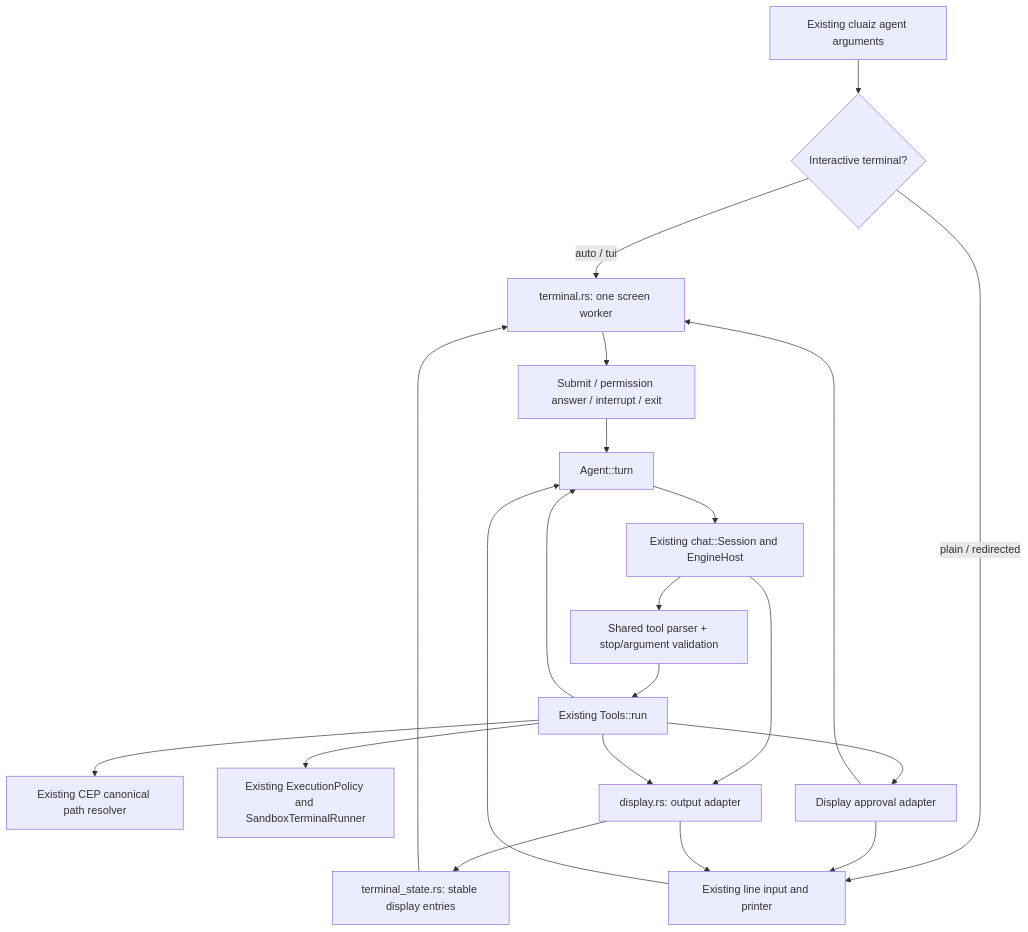
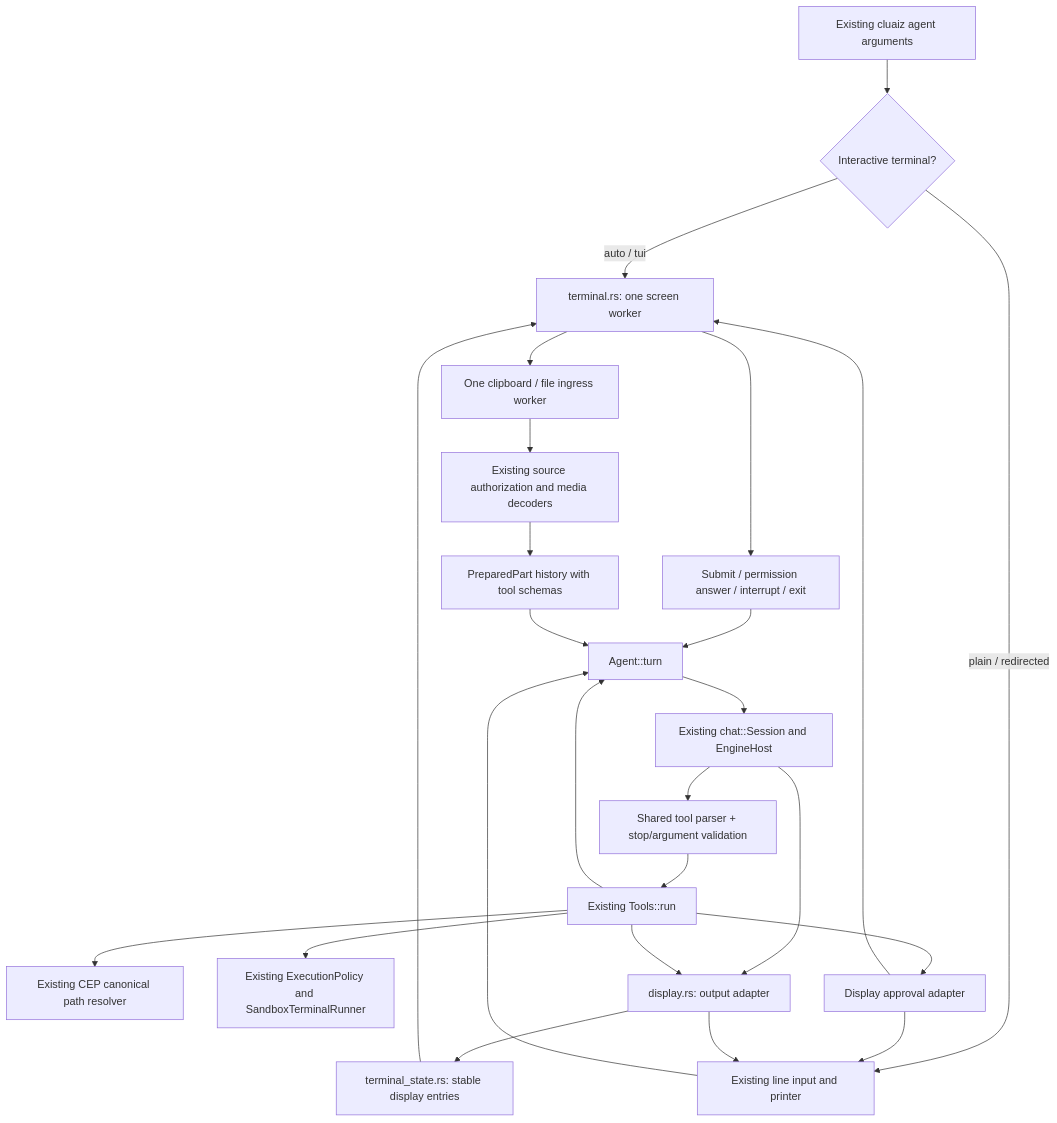
Before and after one commit to cluaiz/cluaiz: the diagram in cmd/src/agent/README.md, drawn with Mermaid. The commit also changed other lines of this file and 15 other files, not shown here.

````diff
--- a/cmd/src/agent/README.md
+++ b/cmd/src/agent/README.md
@@ -9,23 +9,27 @@
 ```mermaid
 flowchart TD
     CLI["Existing cluaiz agent arguments"] --> Mode{"Interactive terminal?"}
     Mode -->|"auto / tui"| Screen["terminal.rs: one screen worker"]
     Mode -->|"plain / redirected"| Plain["Existing line input and printer"]
     Screen --> Actions["Submit / permission answer / interrupt / exit"]
     Plain --> Turn["Agent::turn"]
     Actions --> Turn
+    Screen --> Paste["One clipboard / file ingress worker"]
+    Paste --> Media["Existing source authorization and media decoders"]
+    Media --> Typed["PreparedPart history with tool schemas"]
+    Typed --> Turn
     Turn --> Session["Existing chat::Session and EngineHost"]
     Session --> Validate["Shared tool parser + stop/argument validation"]
     Validate --> Tools["Existing Tools::run"]
     Tools --> Roots["Existing CEP canonical path resolver"]
     Tools --> Policy["Existing ExecutionPolicy and SandboxTerminalRunner"]
     Tools --> Approval["Display approval adapter"]
     Approval --> Screen
     Approval --> Plain
     Tools --> Turn
     Session --> Display["display.rs: output adapter"]
     Tools --> Display
     Display --> Projection["terminal_state.rs: stable display entries"]
     Projection --> Screen
     Display --> Plain
 ```
````
